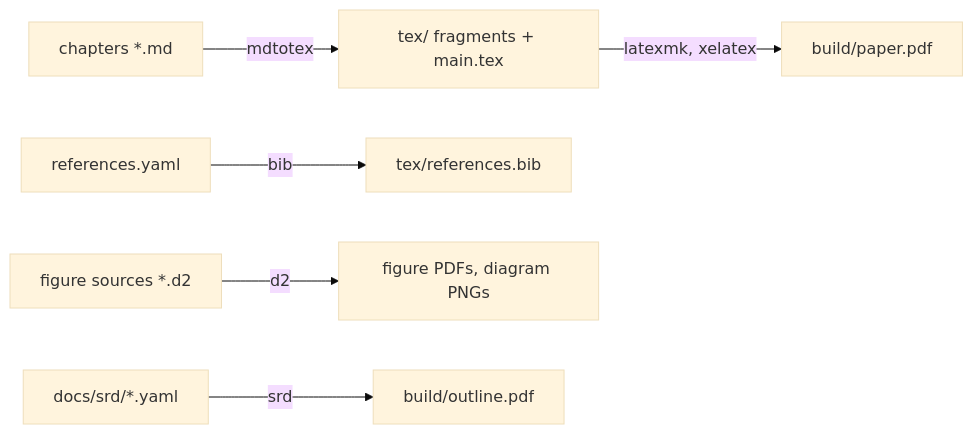
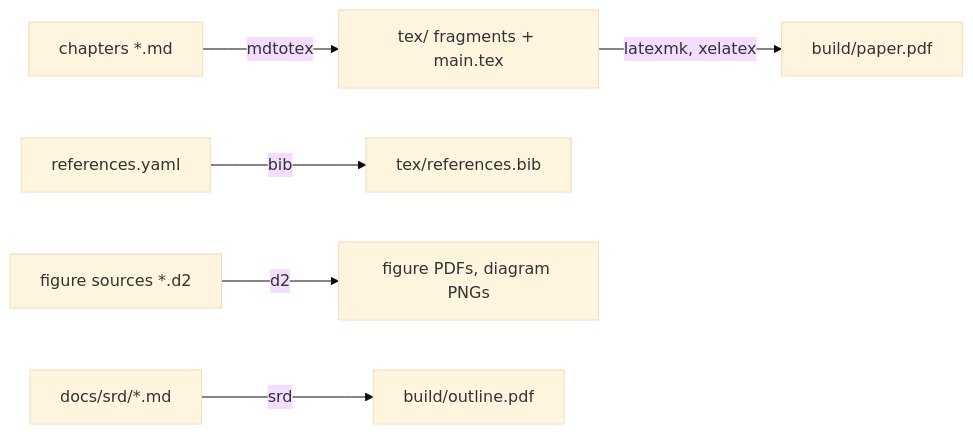
One commit to petar-djukic/paperkit changed the diagram in README.md. Above: the diagram before and after it, drawn with Mermaid (base theme). The commit also changed other lines of this file and 5 other files, not shown here.

````diff
--- a/README.md
+++ b/README.md
@@ -7,8 +7,8 @@
 ```mermaid
 flowchart LR
     MD[chapters *.md] -->|mdtotex| TEX[tex/ fragments + main.tex]
     TEX -->|latexmk, xelatex| PDF[build/paper.pdf]
     REFS[references.yaml] -->|bib| BIB[tex/references.bib]
     D2[figure sources *.d2] -->|d2| FIGS[figure PDFs, diagram PNGs]
-    SRD[docs/srd/*.yaml] -->|srd| OUT[build/outline.pdf]
+    SRD[docs/srd/*.md] -->|srd| OUT[build/outline.pdf]
 ```
````
